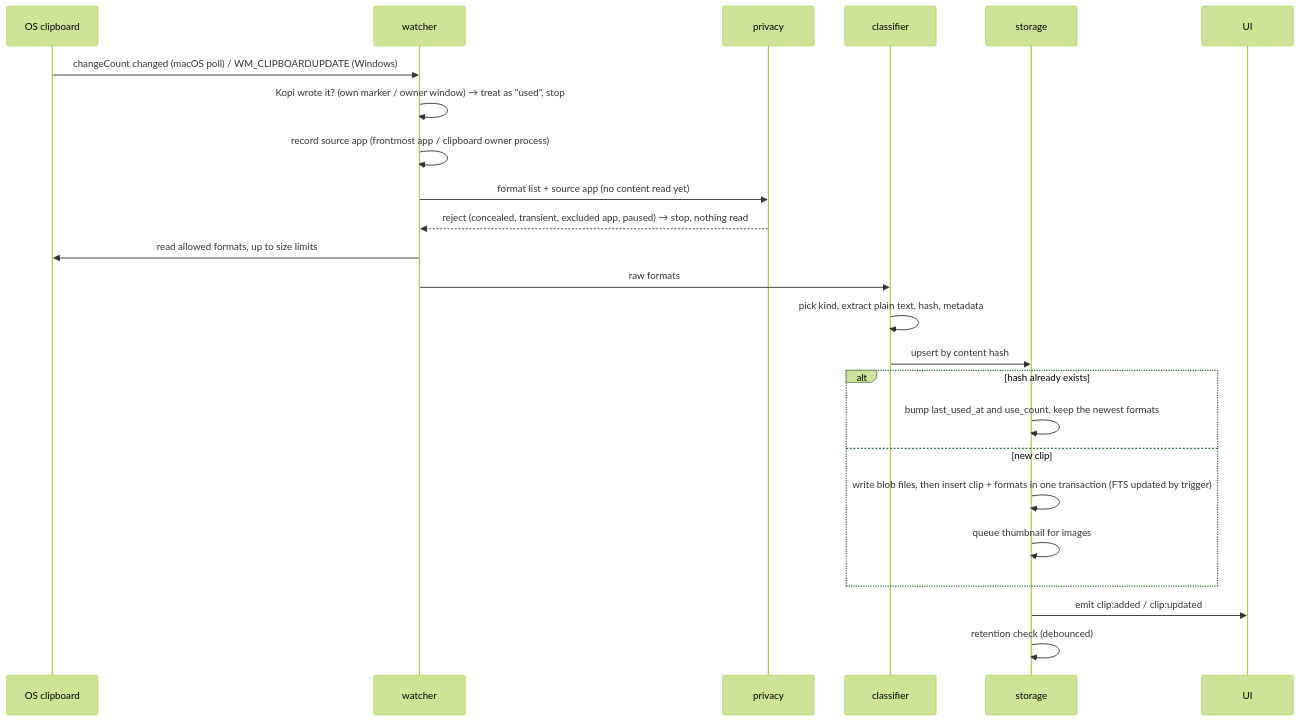
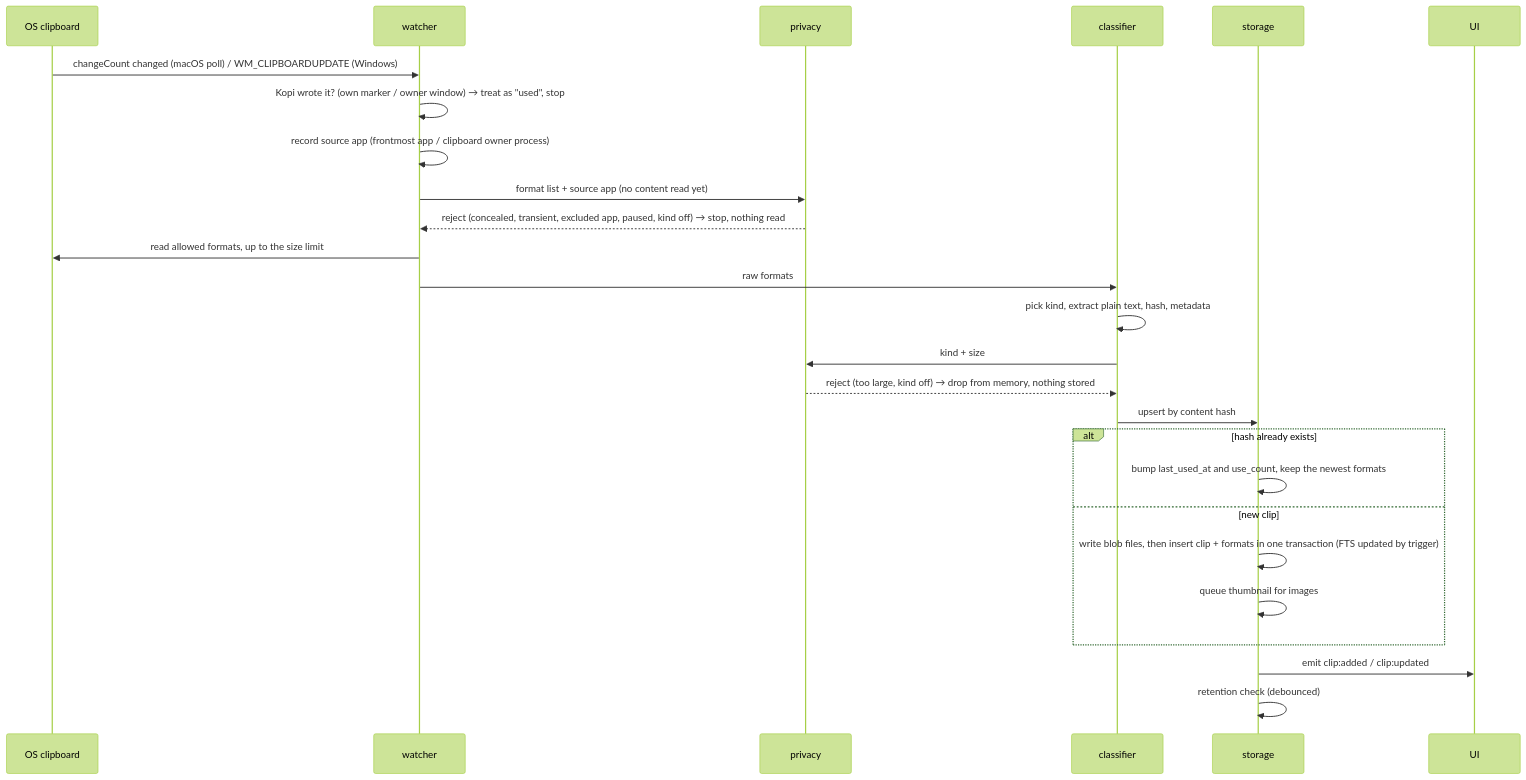
The second of 3 diagrams in docs/ARCHITECTURE.md (code-devanshu/kopi), drawn with Mermaid (forest theme) before and after one commit. The commit also changed other lines of this file and 11 other files, not shown here.

````diff
--- a/docs/ARCHITECTURE.md
+++ b/docs/ARCHITECTURE.md
@@ -155,27 +155,29 @@
 ```mermaid
 sequenceDiagram
     participant OS as OS clipboard
     participant W as watcher
     participant P as privacy
     participant C as classifier
     participant S as storage
     participant UI
 
     OS->>W: changeCount changed (macOS poll) / WM_CLIPBOARDUPDATE (Windows)
     W->>W: Kopi wrote it? (own marker / owner window) → treat as "used", stop
     W->>W: record source app (frontmost app / clipboard owner process)
     W->>P: format list + source app (no content read yet)
-    P-->>W: reject (concealed, transient, excluded app, paused) → stop, nothing read
-    W->>OS: read allowed formats, up to size limits
+    P-->>W: reject (concealed, transient, excluded app, paused, kind off) → stop, nothing read
+    W->>OS: read allowed formats, up to the size limit
     W->>C: raw formats
     C->>C: pick kind, extract plain text, hash, metadata
+    C->>P: kind + size
+    P-->>C: reject (too large, kind off) → drop from memory, nothing stored
     C->>S: upsert by content hash
     alt hash already exists
         S->>S: bump last_used_at and use_count, keep the newest formats
     else new clip
         S->>S: write blob files, then insert clip + formats in one transaction (FTS updated by trigger)
         S->>S: queue thumbnail for images
     end
     S->>UI: emit clip:added / clip:updated
     S->>S: retention check (debounced)
 ```
````
